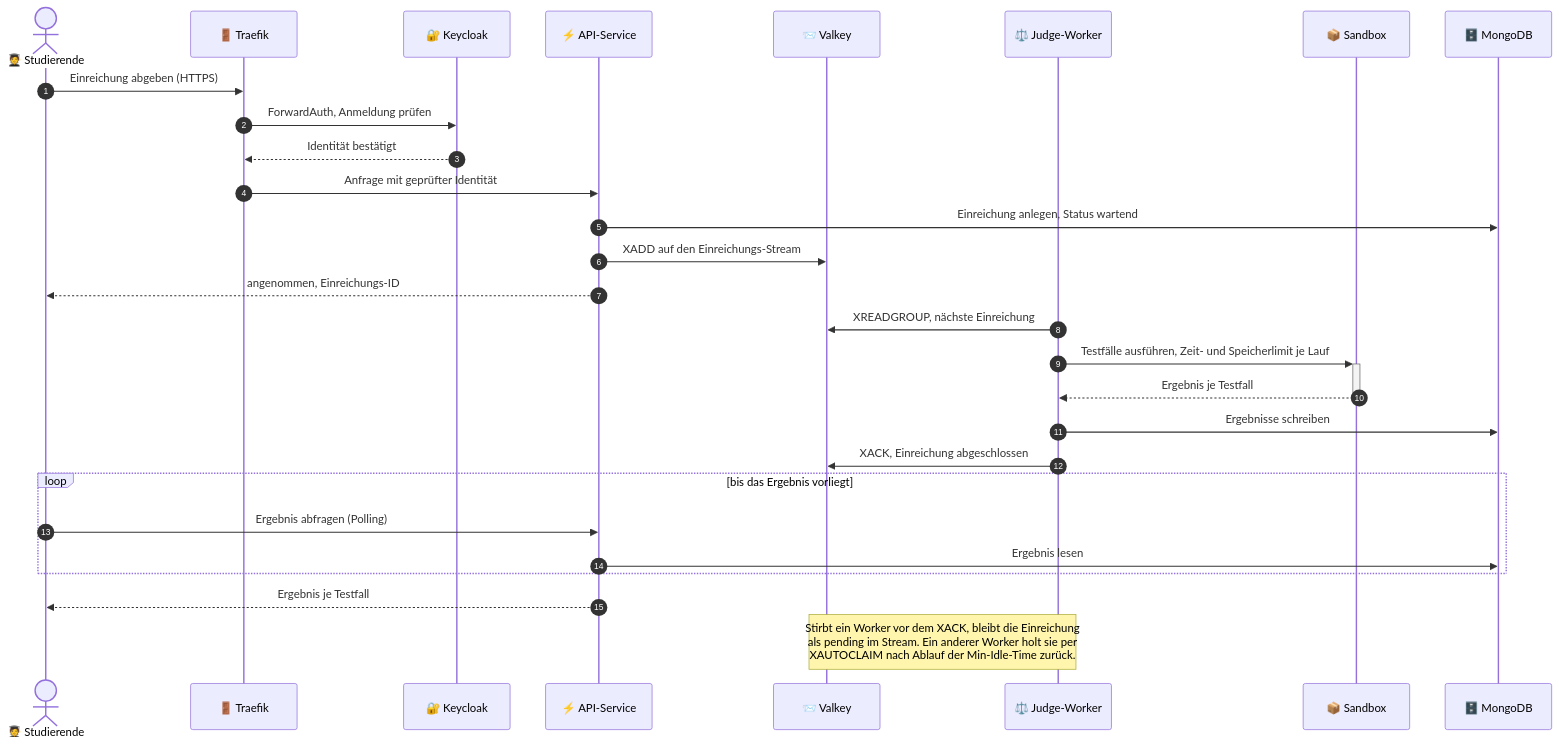
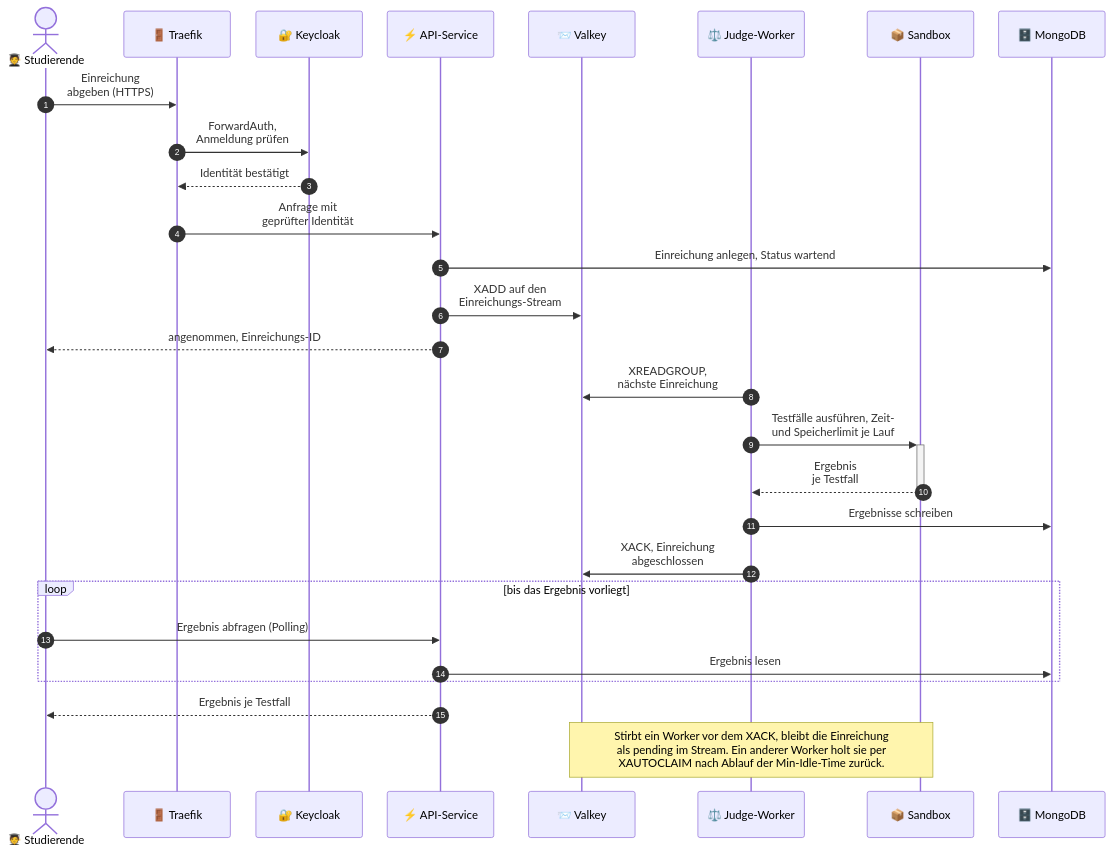
Before and after one commit to litithio/Online-Judge-Cloud: the diagram in docs/diagramme/datenfluss.mmd, drawn with Mermaid. The commit also changed 1 other file, not shown here.

Commit message:
Diagramme: Datenfluss schmaler für die README-Ansicht
Lange Pfeil-Beschriftungen zwischen benachbarten Lebenslinien sind
zweizeilig, der Mindestabstand der Lebenslinien liegt per actorMargin
bei 35 statt 50, die XAUTOCLAIM-Notiz spannt sich über drei
Lebenslinien. Das Diagramm ist damit 1674 statt 2321 Pixel breit und
GitHub stellt die Schrift beim Skalieren auf Spaltenbreite
entsprechend größer dar.

```diff
--- a/docs/diagramme/datenfluss.mmd
+++ b/docs/diagramme/datenfluss.mmd
@@ -1,40 +1,45 @@
 ---
 # Feste Schrift: mermaid bemisst die Kästen mit der Schrift, die beim
 # Rendern verfügbar ist. Weicht die Anzeigeschrift ab, laufen Texte über
 # die Ränder.
 config:
   fontFamily: Arial, Helvetica, sans-serif
   # Der Notiz-Kasten liegt exakt auf der vermessenen Textbreite, ohne
   # Innenabstand. Die etwas kleinere Schrift schafft die Luft; !important,
   # weil der Text eine Inline-Schriftgröße trägt.
   themeCSS: ".noteText { font-size: 14px !important; }"
+  # Enger als der Default (50): Das Diagramm wird im README auf
+  # Spaltenbreite skaliert, jeder gesparte Querpixel macht die Schrift
+  # dort größer.
+  sequence:
+    actorMargin: 35
 ---
 sequenceDiagram
     autonumber
     actor S as 🧑‍🎓 Studierende
     participant T as 🚪 Traefik
     participant K as 🔐 Keycloak
     participant A as ⚡ API-Service
     participant V as 📨 Valkey
     participant W as ⚖️ Judge-Worker
     participant B as 📦 Sandbox
     participant M as 🗄️ MongoDB
 
-    S->>T: Einreichung abgeben (HTTPS)
-    T->>K: ForwardAuth, Anmeldung prüfen
+    S->>T: Einreichung<br/>abgeben (HTTPS)
+    T->>K: ForwardAuth,<br/>Anmeldung prüfen
     K-->>T: Identität bestätigt
-    T->>A: Anfrage mit geprüfter Identität
+    T->>A: Anfrage mit<br/>geprüfter Identität
     A->>M: Einreichung anlegen, Status wartend
-    A->>V: XADD auf den Einreichungs-Stream
+    A->>V: XADD auf den<br/>Einreichungs-Stream
     A-->>S: angenommen, Einreichungs-ID
-    W->>V: XREADGROUP, nächste Einreichung
-    W->>+B: Testfälle ausführen, Zeit- und Speicherlimit je Lauf
-    B-->>-W: Ergebnis je Testfall
+    W->>V: XREADGROUP,<br/>nächste Einreichung
+    W->>+B: Testfälle ausführen, Zeit-<br/>und Speicherlimit je Lauf
+    B-->>-W: Ergebnis<br/>je Testfall
     W->>M: Ergebnisse schreiben
-    W->>V: XACK, Einreichung abgeschlossen
+    W->>V: XACK, Einreichung<br/>abgeschlossen
     loop bis das Ergebnis vorliegt
         S->>A: Ergebnis abfragen (Polling)
         A->>M: Ergebnis lesen
     end
     A-->>S: Ergebnis je Testfall
-    Note over V,W: Stirbt ein Worker vor dem XACK, bleibt die Einreichung<br/>als pending im Stream. Ein anderer Worker holt sie per<br/>XAUTOCLAIM nach Ablauf der Min-Idle-Time zurück.
+    Note over V,B: Stirbt ein Worker vor dem XACK, bleibt die Einreichung<br/>als pending im Stream. Ein anderer Worker holt sie per<br/>XAUTOCLAIM nach Ablauf der Min-Idle-Time zurück.
```
